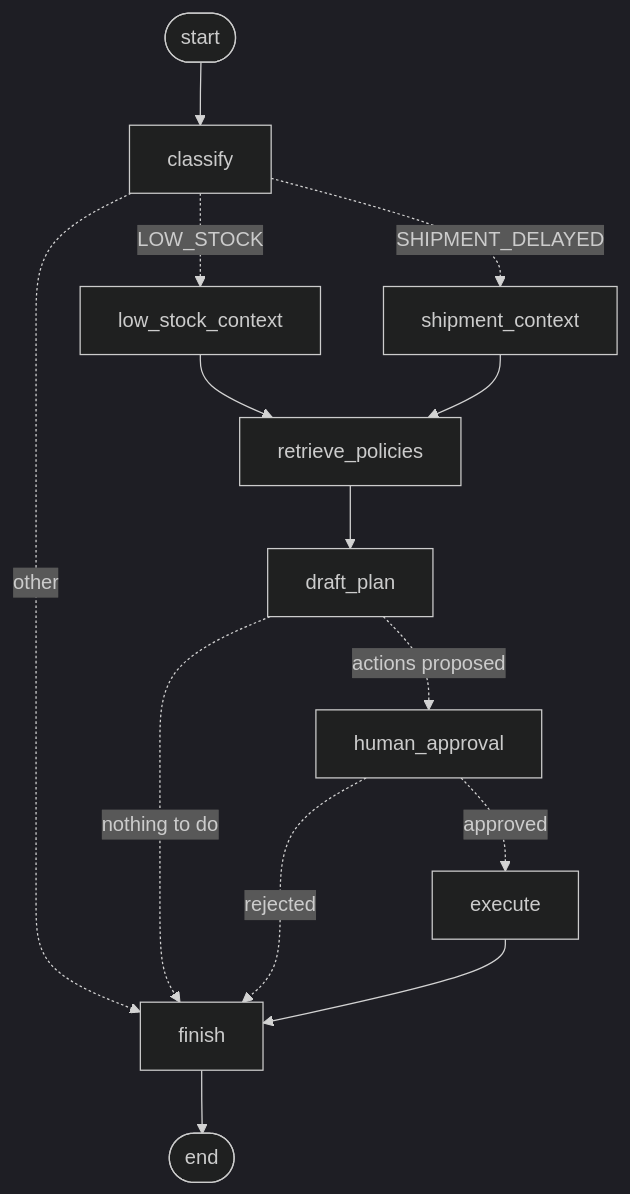
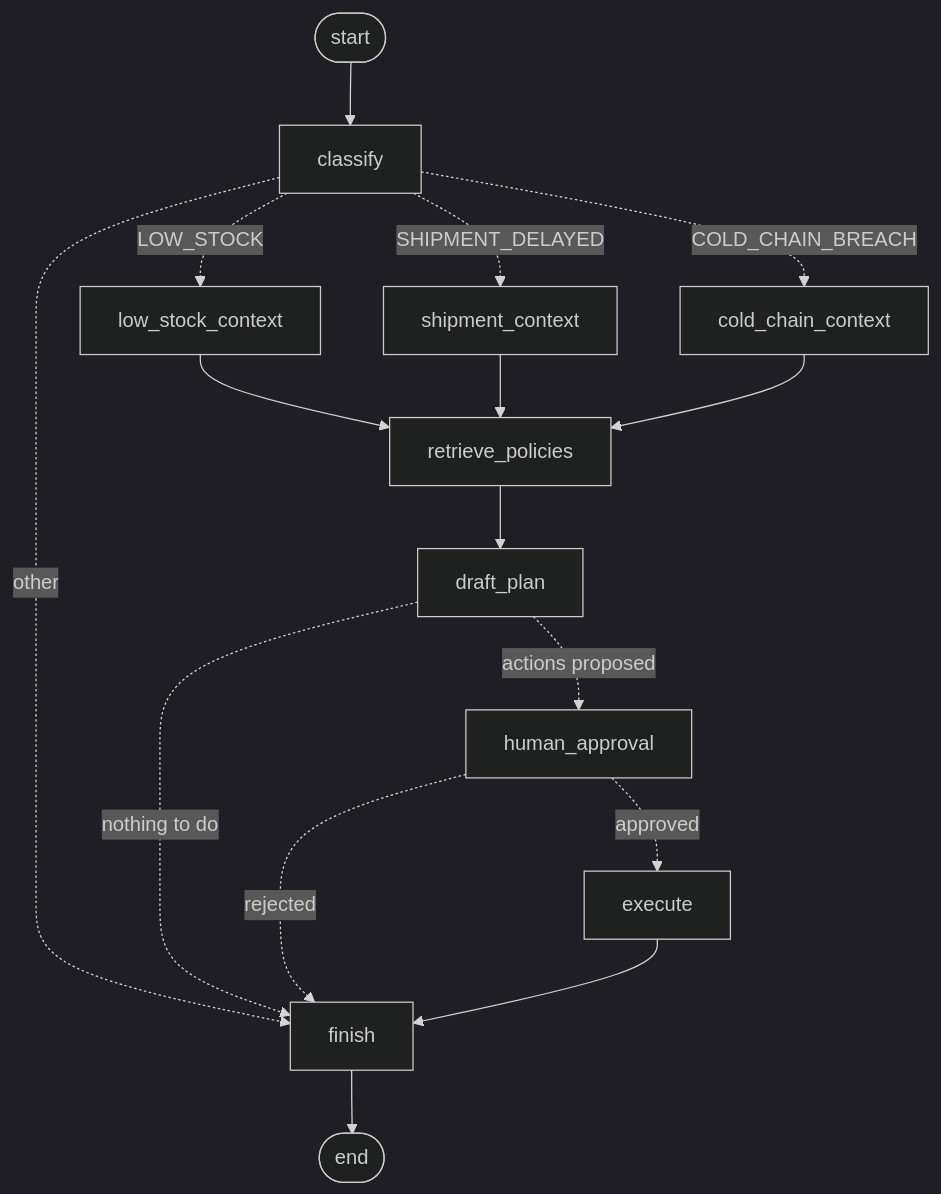
The diagram in README.md (aishu136/SupplySphere), drawn with Mermaid (dark theme) before and after one commit. The commit also changed other lines of this file and 4 other files, not shown here.

First line of the commit message:
Start the exception workflow on cold chain breach alerts

````diff
--- a/README.md
+++ b/README.md
@@ -198,16 +199,18 @@
 ```mermaid
 graph TD;
     __start__([start]) --> classify;
     classify -.->|LOW_STOCK| low_stock_context;
     classify -.->|SHIPMENT_DELAYED| shipment_context;
+    classify -.->|COLD_CHAIN_BREACH| cold_chain_context;
     classify -.->|other| finish;
     low_stock_context --> retrieve_policies;
     shipment_context --> retrieve_policies;
+    cold_chain_context --> retrieve_policies;
     retrieve_policies --> draft_plan;
     draft_plan -.->|actions proposed| human_approval;
     draft_plan -.->|nothing to do| finish;
     human_approval -.->|approved| execute;
     human_approval -.->|rejected| finish;
     execute --> finish;
     finish --> __end__([end]);
 ```
````
